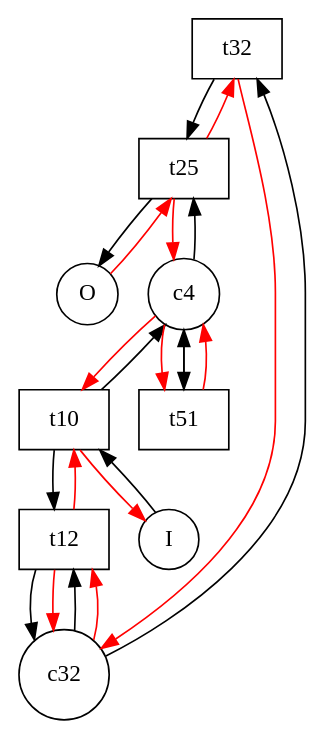
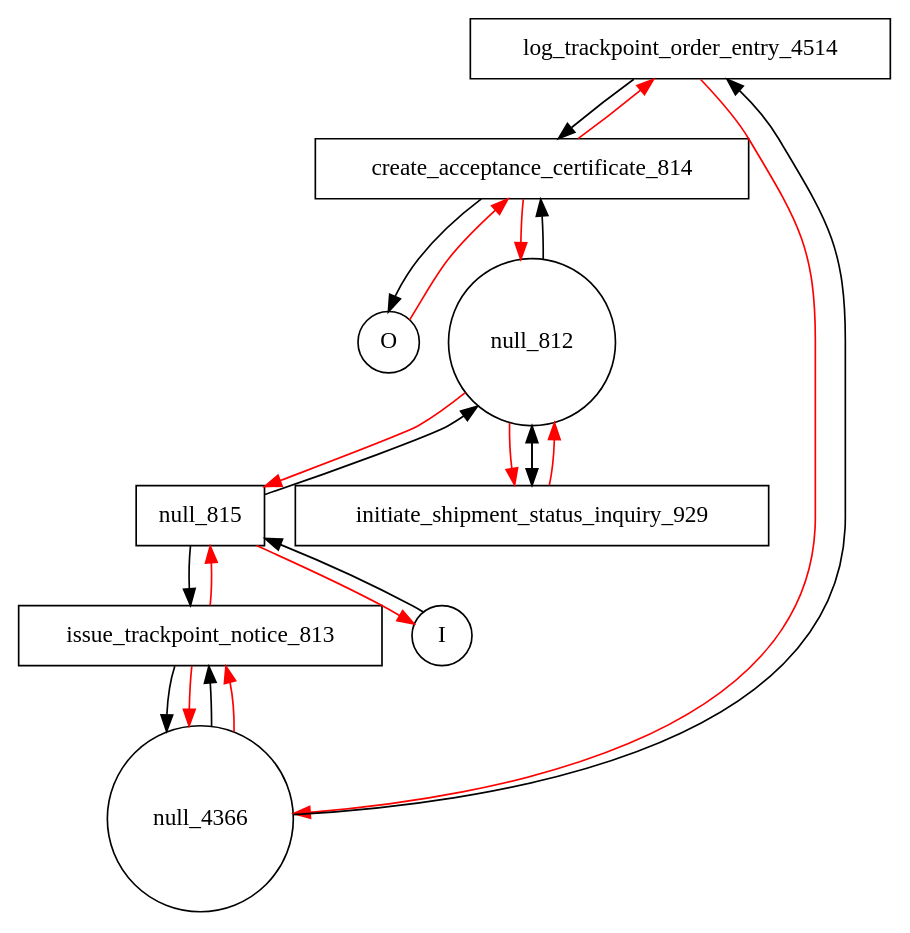
The diagram in output/freight_in_transit.dot (nricci/YAWL2FSP), drawn with Graphviz before and after one commit. The commit also changed 35 other files, not shown here.

```diff
--- a/output/freight_in_transit.dot
+++ b/output/freight_in_transit.dot
@@ -1,38 +1,38 @@
 digraph {
 	// FREIGHT_IN_TRANSIT
 
 	// Elements
-	t32 [shape=box];
-	t25 [shape=box];
-	t10 [shape=box];
-	t12 [shape=box];
-	t51 [shape=box];
-	c32 [shape=circle];
-	c29 [shape=circle][label=O];
-	c4 [shape=circle];
-	c3 [shape=circle][label=I];
+	log_trackpoint_order_entry_4514 [shape=box];
+	null_815 [shape=box];
+	initiate_shipment_status_inquiry_929 [shape=box];
+	create_acceptance_certificate_814 [shape=box];
+	issue_trackpoint_notice_813 [shape=box];
+	outputcondition_47 [shape=circle][label=O];
+	null_812 [shape=circle];
+	null_4366 [shape=circle];
+	inputcondition_46 [shape=circle][label=I];
 
 	// Arrows
-	c3->t10;
-	t10->c4;
-	t10->t12;
-	t10->c3[color=red];
-	t12->c32;
-	t12->t10[color=red];
-	t12->c32[color=red];
-	c32->t12;
-	c32->t32;
-	c32->t12[color=red];
-	t32->t25;
-	t32->c32[color=red];
-	t25->c29;
-	t25->c4[color=red];
-	t25->t32[color=red];
-	c29->t25[color=red];
-	c4->t51;
-	c4->t25;
-	c4->t10[color=red];
-	c4->t51[color=red];
-	t51->c4;
-	t51->c4[color=red];
+	inputcondition_46->null_815;
+	null_815->issue_trackpoint_notice_813;
+	null_815->null_812;
+	null_815->inputcondition_46[color=red];
+	null_812->initiate_shipment_status_inquiry_929;
+	null_812->create_acceptance_certificate_814;
+	null_812->null_815[color=red];
+	null_812->initiate_shipment_status_inquiry_929[color=red];
+	create_acceptance_certificate_814->outputcondition_47;
+	create_acceptance_certificate_814->null_812[color=red];
+	create_acceptance_certificate_814->log_trackpoint_order_entry_4514[color=red];
+	outputcondition_47->create_acceptance_certificate_814[color=red];
+	initiate_shipment_status_inquiry_929->null_812;
+	initiate_shipment_status_inquiry_929->null_812[color=red];
+	issue_trackpoint_notice_813->null_4366;
+	issue_trackpoint_notice_813->null_815[color=red];
+	issue_trackpoint_notice_813->null_4366[color=red];
+	null_4366->issue_trackpoint_notice_813;
+	null_4366->log_trackpoint_order_entry_4514;
+	null_4366->issue_trackpoint_notice_813[color=red];
+	log_trackpoint_order_entry_4514->create_acceptance_certificate_814;
+	log_trackpoint_order_entry_4514->null_4366[color=red];
 }
```
